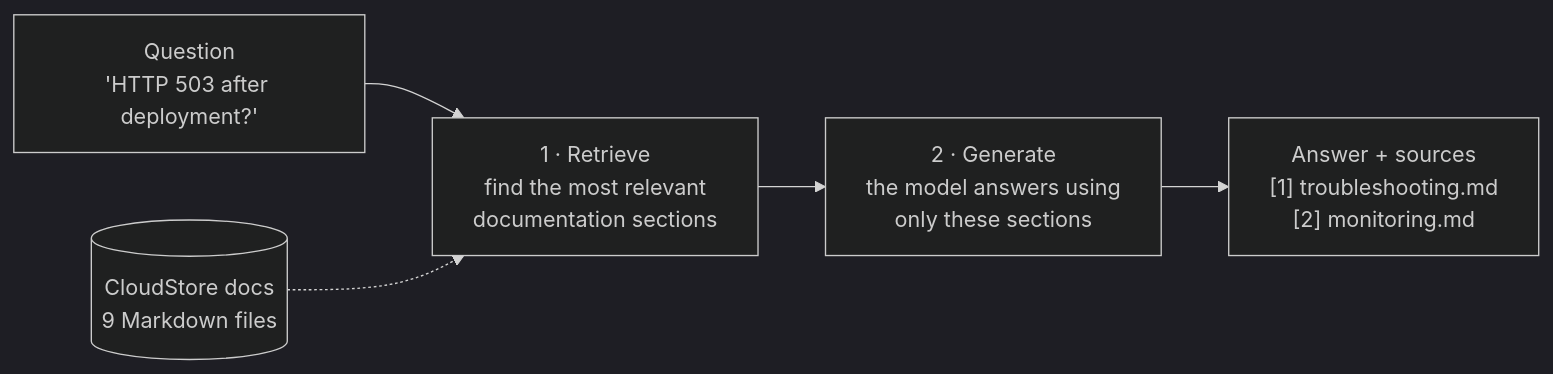
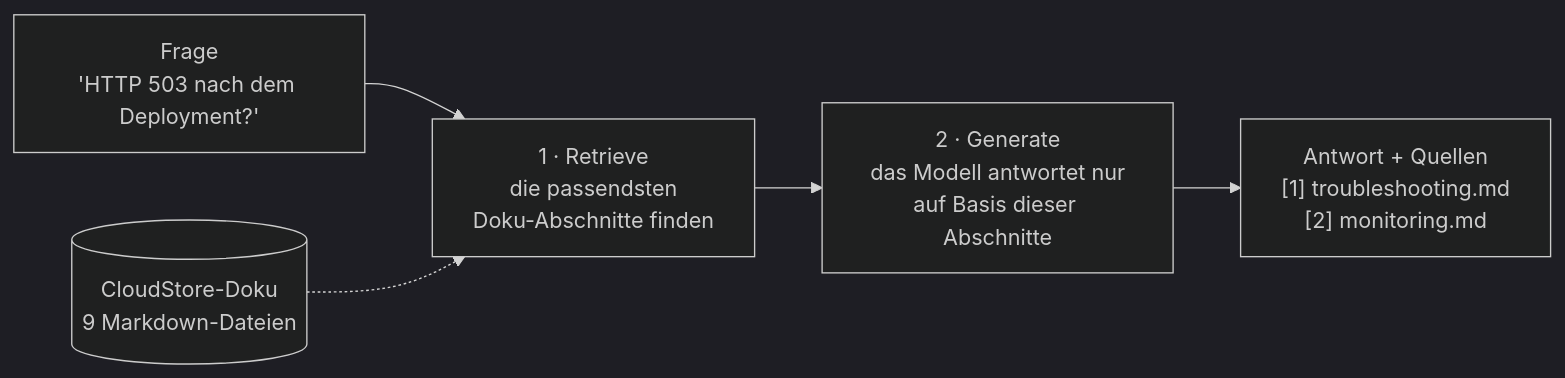
Before and after one commit to MyOnlineRepo/RAG-API: the first of 9 diagrams in README.md, drawn with Mermaid (dark theme). The commit also changed other lines of this file, not shown here.

````diff
--- a/README.md
+++ b/README.md
@@ -26,7 +26,7 @@
 ```mermaid
 flowchart LR
-    Q["Question<br/>'HTTP 503 after deployment?'"] --> R["1 · Retrieve<br/>find the most relevant<br/>documentation sections"]
-    R --> G["2 · Generate<br/>the model answers using<br/>only these sections"]
-    G --> A["Answer + sources<br/>[1] troubleshooting.md<br/>[2] monitoring.md"]
-    KB[("CloudStore docs<br/>9 Markdown files")] -.-> R
+    Q["Frage<br/>'HTTP 503 nach dem Deployment?'"] --> R["1 · Retrieve<br/>die passendsten<br/>Doku-Abschnitte finden"]
+    R --> G["2 · Generate<br/>das Modell antwortet nur<br/>auf Basis dieser Abschnitte"]
+    G --> A["Antwort + Quellen<br/>[1] troubleshooting.md<br/>[2] monitoring.md"]
+    KB[("CloudStore-Doku<br/>9 Markdown-Dateien")] -.-> R
 ```
````
